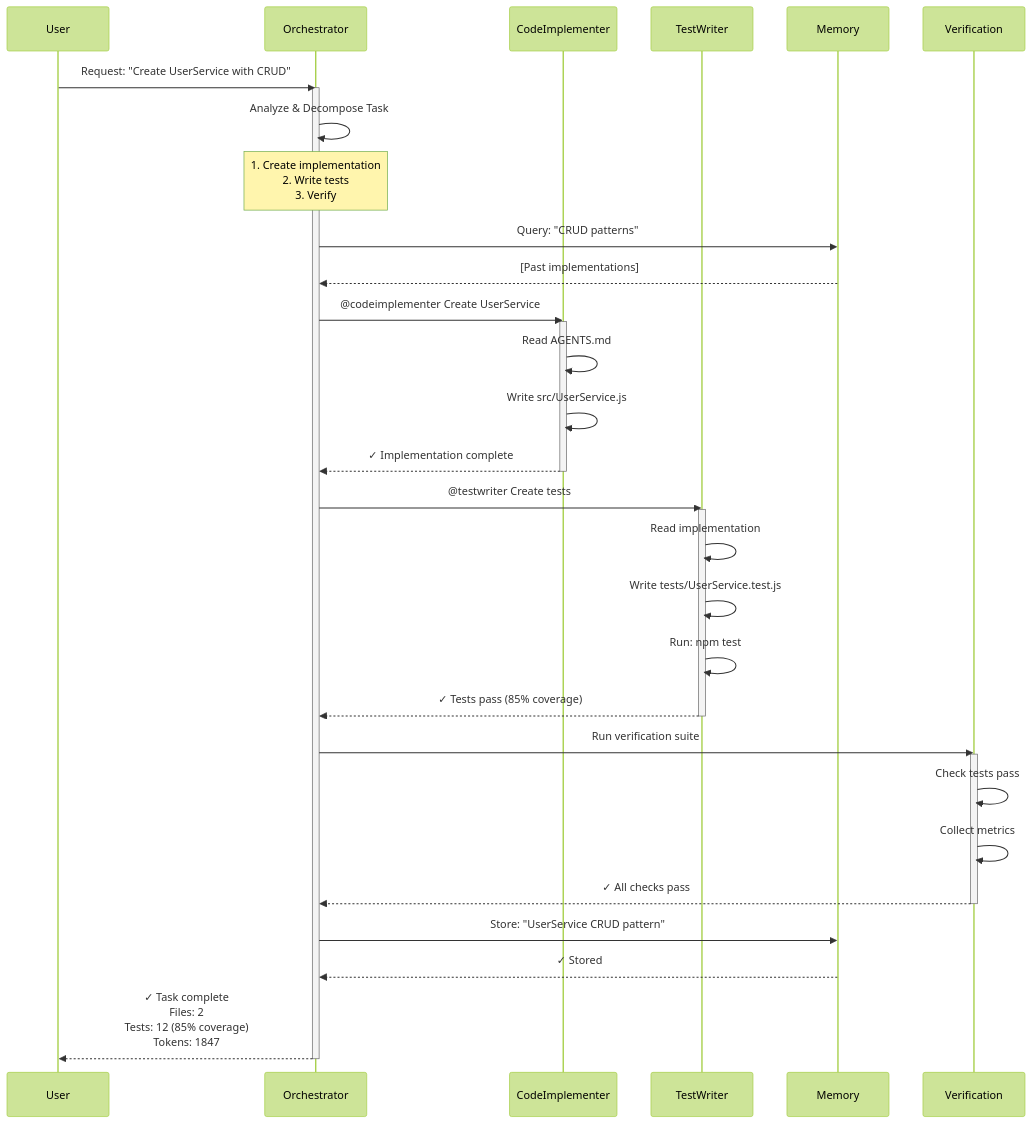
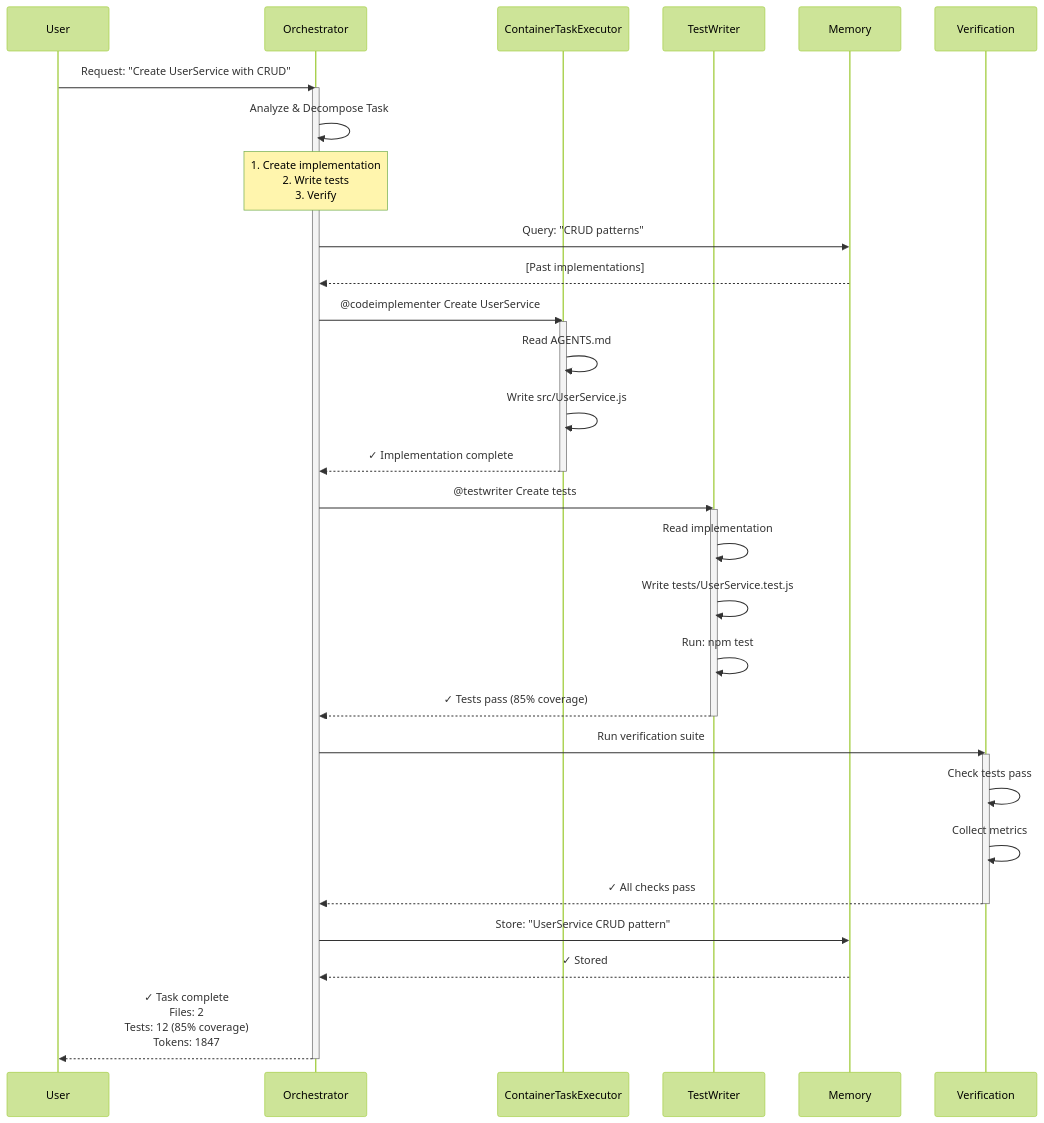
Before and after one commit to rothnic/opencode-agents: the diagram in docs/diagrams/workflow.mmd, drawn with Mermaid (forest theme). The commit also changed 22 other files, not shown here.

```diff
--- a/docs/diagrams/workflow.mmd
+++ b/docs/diagrams/workflow.mmd
@@ -1,44 +1,44 @@
 sequenceDiagram
     participant User
     participant Orchestrator
-    participant CodeImplementer
+    participant ContainerTaskExecutor
     participant TestWriter
     participant Memory
     participant Verification
     
     User->>Orchestrator: Request: "Create UserService with CRUD"
     activate Orchestrator
     
     Orchestrator->>Orchestrator: Analyze & Decompose Task
     Note over Orchestrator: 1. Create implementation<br/>2. Write tests<br/>3. Verify
     
     Orchestrator->>Memory: Query: "CRUD patterns"
     Memory-->>Orchestrator: [Past implementations]
     
-    Orchestrator->>CodeImplementer: @codeimplementer Create UserService
-    activate CodeImplementer
-    CodeImplementer->>CodeImplementer: Read AGENTS.md
-    CodeImplementer->>CodeImplementer: Write src/UserService.js
-    CodeImplementer-->>Orchestrator: ✓ Implementation complete
-    deactivate CodeImplementer
+    Orchestrator->>ContainerTaskExecutor: @codeimplementer Create UserService
+    activate ContainerTaskExecutor
+    ContainerTaskExecutor->>ContainerTaskExecutor: Read AGENTS.md
+    ContainerTaskExecutor->>ContainerTaskExecutor: Write src/UserService.js
+    ContainerTaskExecutor-->>Orchestrator: ✓ Implementation complete
+    deactivate ContainerTaskExecutor
     
     Orchestrator->>TestWriter: @testwriter Create tests
     activate TestWriter
     TestWriter->>TestWriter: Read implementation
     TestWriter->>TestWriter: Write tests/UserService.test.js
     TestWriter->>TestWriter: Run: npm test
     TestWriter-->>Orchestrator: ✓ Tests pass (85% coverage)
     deactivate TestWriter
     
     Orchestrator->>Verification: Run verification suite
     activate Verification
     Verification->>Verification: Check tests pass
     Verification->>Verification: Collect metrics
     Verification-->>Orchestrator: ✓ All checks pass
     deactivate Verification
     
     Orchestrator->>Memory: Store: "UserService CRUD pattern"
     Memory-->>Orchestrator: ✓ Stored
     
     Orchestrator-->>User: ✓ Task complete<br/>Files: 2<br/>Tests: 12 (85% coverage)<br/>Tokens: 1847
     deactivate Orchestrator
```
